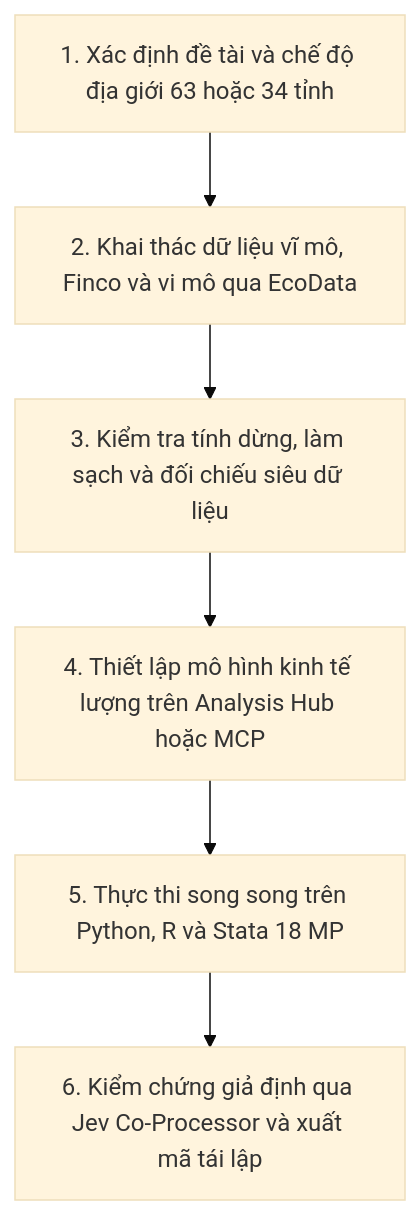
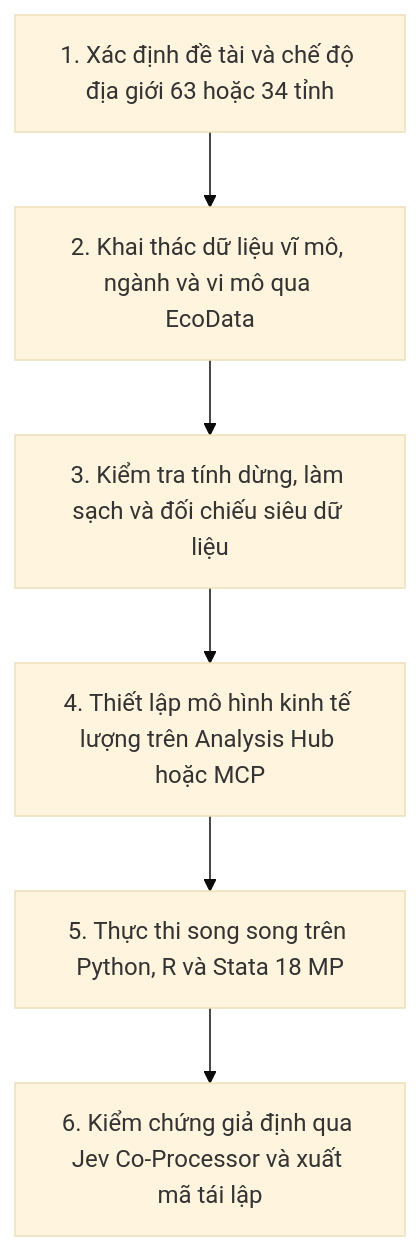
Before and after one commit to vietlod/docs: the diagram in docs/ecodata/overview.mdx, drawn with Mermaid (base theme). The commit also changed other lines of this file and 30 other files, not shown here.

````diff
--- a/docs/ecodata/overview.mdx
+++ b/docs/ecodata/overview.mdx
@@ -366,8 +359,8 @@
 ```mermaid
 flowchart TD
-  A["1. Xác định đề tài và chế độ địa giới 63 hoặc 34 tỉnh"] --> B["2. Khai thác dữ liệu vĩ mô, Finco và vi mô qua EcoData"]
+  A["1. Xác định đề tài và chế độ địa giới 63 hoặc 34 tỉnh"] --> B["2. Khai thác dữ liệu vĩ mô, ngành và vi mô qua EcoData"]
   B --> C["3. Kiểm tra tính dừng, làm sạch và đối chiếu siêu dữ liệu"]
   C --> D["4. Thiết lập mô hình kinh tế lượng trên Analysis Hub hoặc MCP"]
   D --> E["5. Thực thi song song trên Python, R và Stata 18 MP"]
   E --> F["6. Kiểm chứng giả định qua Jev Co-Processor và xuất mã tái lập"]
 ```
````
